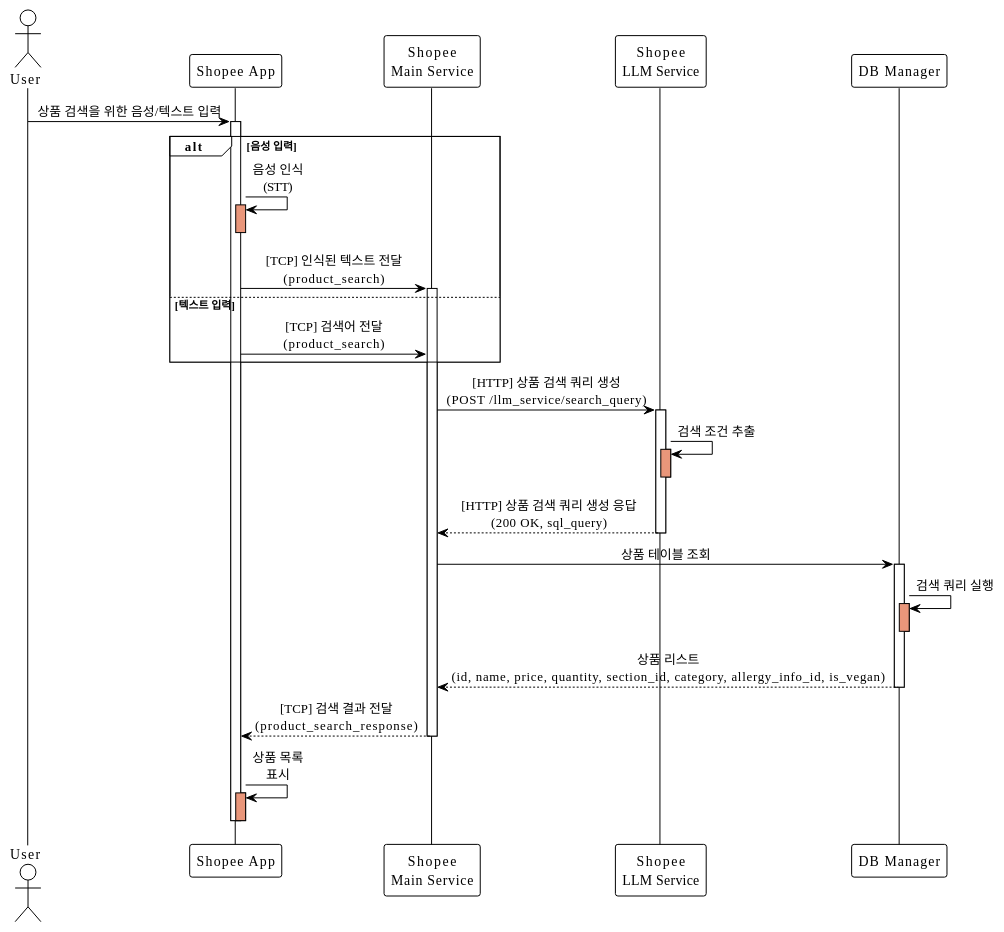
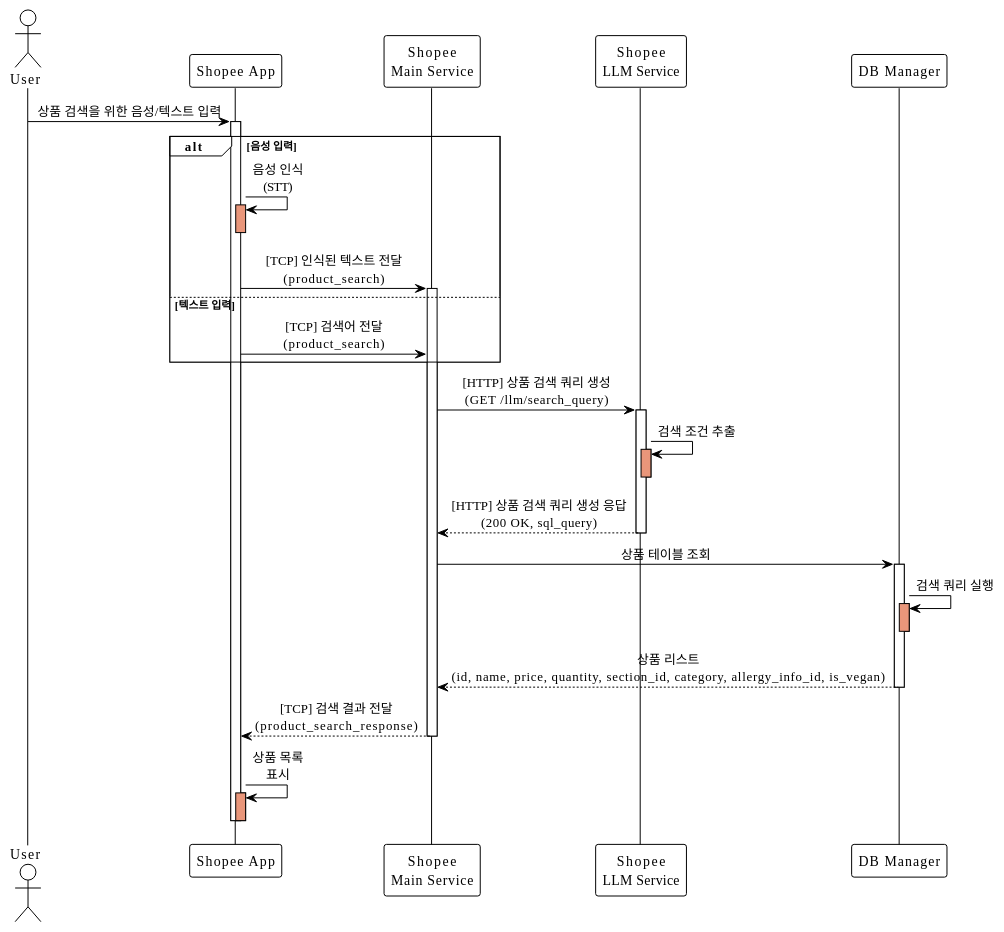
Before and after one commit to addinedu-roscamp-7th/roscamp-repo-1: the diagram in docs/SequenceDiagram/SC_01_2.md, drawn with PlantUML. The commit also changed 11 other files, not shown here.

Commit message:
[Docs/Shopee Main Service] LLM 관련 인터페이스 수정

```diff
--- a/docs/SequenceDiagram/SC_01_2.md
+++ b/docs/SequenceDiagram/SC_01_2.md
@@ -1,55 +1,55 @@
 @startuml SC_01_2
 !theme plain
 skinparam backgroundColor #FFFFFF
 skinparam sequenceMessageAlign center
 
 actor User as user
 participant "Shopee App" as app
 participant "Shopee\nMain Service" as main
 participant "Shopee\nLLM Service" as llm
 participant "DB Manager" as db
 
 user -> app: 상품 검색을 위한 음성/텍스트 입력
 activate app
 
 alt 음성 입력
     app -> app: 음성 인식\n(STT)
     activate app #DarkSalmon
     deactivate app
     
     app -> main: [TCP] 인식된 텍스트 전달\n(product_search)
     activate main
 else 텍스트 입력
     app -> main: [TCP] 검색어 전달\n(product_search)
 end
 
-main -> llm: [HTTP] 상품 검색 쿼리 생성\n(POST /llm_service/search_query)
+main -> llm: [HTTP] 상품 검색 쿼리 생성\n(GET /llm/search_query)
 activate llm
 
 llm -> llm: 검색 조건 추출
 activate llm #DarkSalmon
 deactivate llm
 
 llm --> main: [HTTP] 상품 검색 쿼리 생성 응답\n(200 OK, sql_query)
 deactivate llm
 
 main -> db: 상품 테이블 조회
 activate db
 
 db -> db: 검색 쿼리 실행
 activate db #DarkSalmon
 deactivate db
 
 db --> main: 상품 리스트\n(id, name, price, quantity, section_id, category, allergy_info_id, is_vegan)
 deactivate db
 
 main --> app: [TCP] 검색 결과 전달\n(product_search_response)
 deactivate main
 
 app -> app: 상품 목록\n표시
 activate app #DarkSalmon
 deactivate app
 
 deactivate app
 
 @enduml
```
